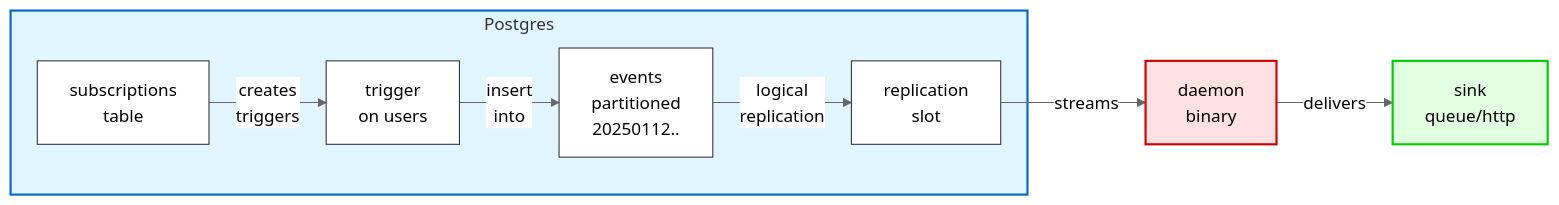
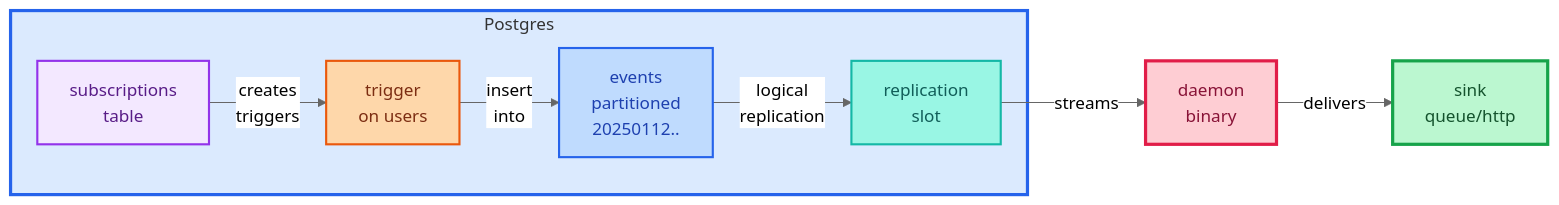
One commit to psteinroe/postgres-stream changed the diagram in README.md. Above: the diagram before and after it, drawn with Mermaid (neutral theme).

Commit message:
chore: improve diagram

````diff
--- a/README.md
+++ b/README.md
@@ -12,18 +12,18 @@
 ```mermaid
 flowchart LR
     subgraph Postgres
         A[subscriptions<br/>table] -->|creates<br/>triggers| B[trigger<br/>on users]
         B -->|insert<br/>into| C[events<br/>partitioned<br/>20250112..]
         C -->|logical<br/>replication| D[replication<br/>slot]
     end
     D -->|streams| E[daemon<br/>binary]
     E -->|delivers| F[sink<br/>queue/http]
 
-    style Postgres fill:#e1f5ff,stroke:#0066cc,stroke-width:2px
-    style A fill:#fff,stroke:#333,stroke-width:1px
-    style B fill:#fff,stroke:#333,stroke-width:1px
-    style C fill:#fff,stroke:#333,stroke-width:1px
-    style D fill:#fff,stroke:#333,stroke-width:1px
-    style E fill:#ffe1e1,stroke:#cc0000,stroke-width:2px
-    style F fill:#e1ffe1,stroke:#00cc00,stroke-width:2px
+    style Postgres fill:#dbeafe,stroke:#2563eb,stroke-width:3px
+    style A fill:#f3e8ff,stroke:#9333ea,stroke-width:2px,color:#581c87
+    style B fill:#fed7aa,stroke:#ea580c,stroke-width:2px,color:#7c2d12
+    style C fill:#bfdbfe,stroke:#2563eb,stroke-width:2px,color:#1e40af
+    style D fill:#99f6e4,stroke:#14b8a6,stroke-width:2px,color:#115e59
+    style E fill:#fecdd3,stroke:#e11d48,stroke-width:3px,color:#881337
+    style F fill:#bbf7d0,stroke:#16a34a,stroke-width:3px,color:#14532d
 ```
````
